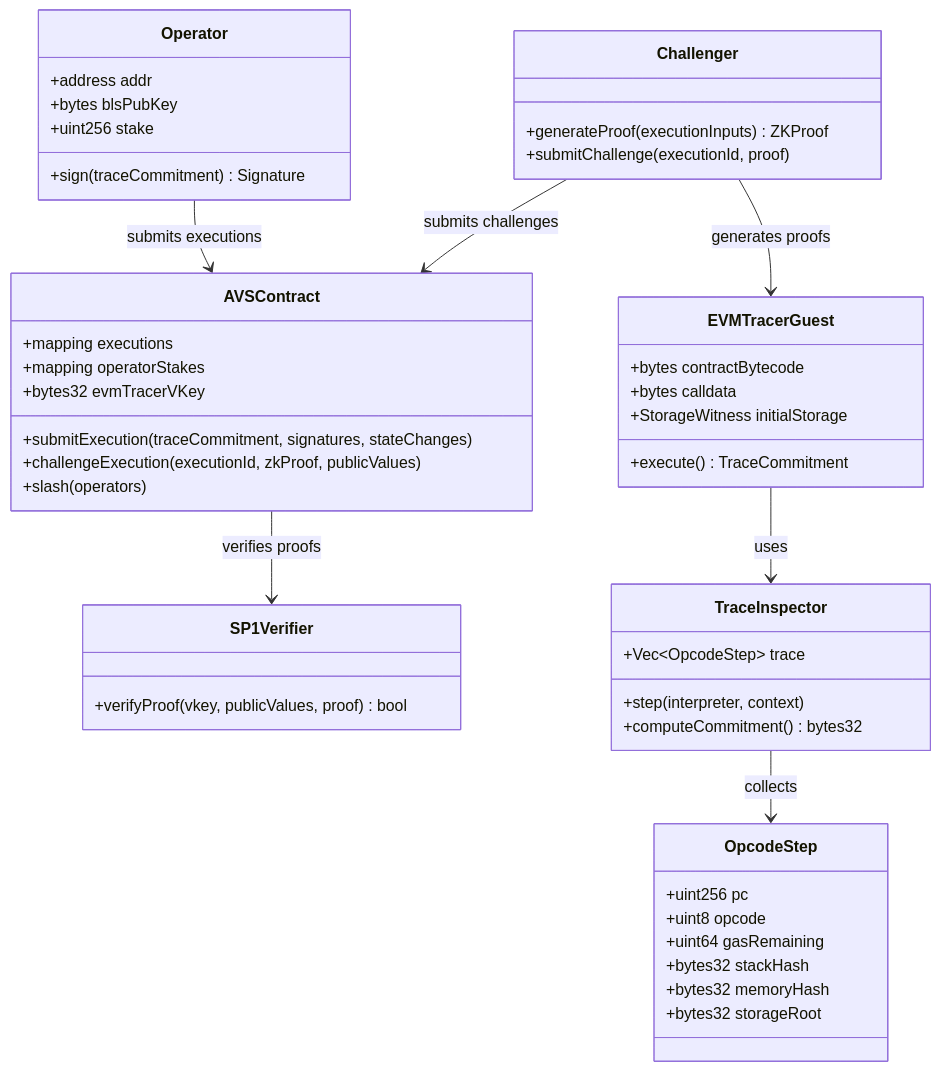
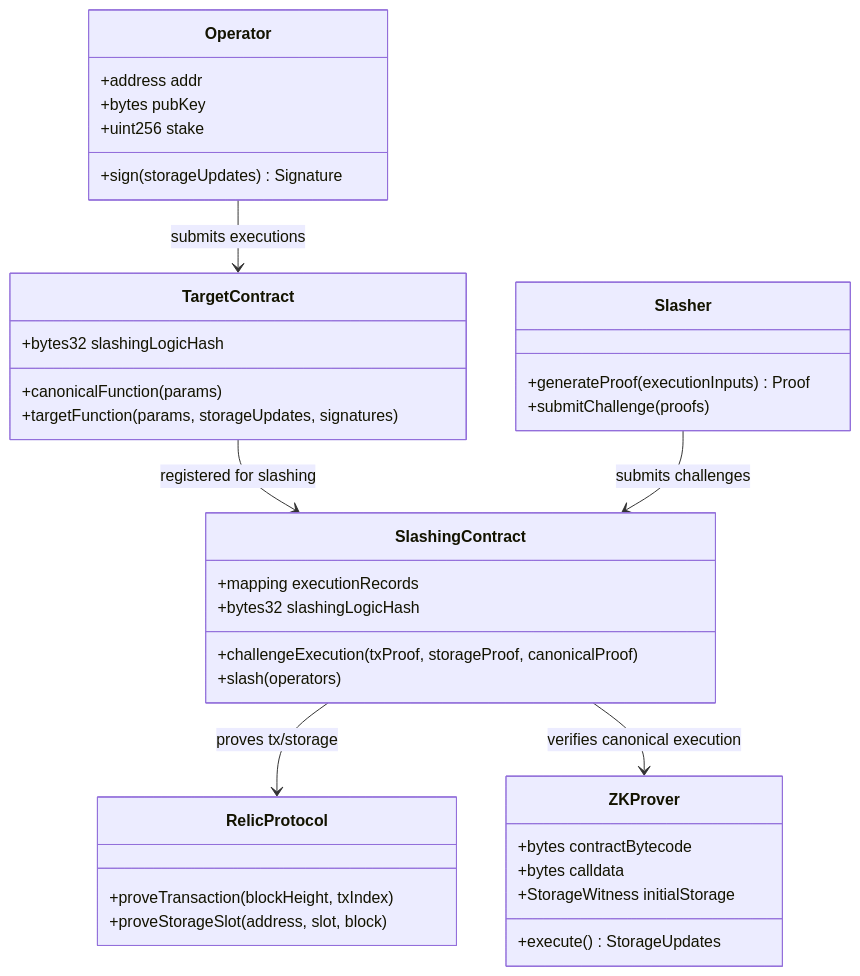
Before and after one commit to BreadchainCoop/gas-killer-analyzer: the second of 4 diagrams in docs/ZK_AVS_FRAUD_PROOFS_SPEC.md, drawn with Mermaid. The commit also changed other lines of this file, not shown here.

First line of the commit message:
refactor: align spec with Gas Killer slashing context

````diff
--- a/docs/ZK_AVS_FRAUD_PROOFS_SPEC.md
+++ b/docs/ZK_AVS_FRAUD_PROOFS_SPEC.md
@@ -214,56 +289,45 @@
 ```mermaid
 classDiagram
-    class AVSContract {
-        +mapping executions
-        +mapping operatorStakes
-        +bytes32 evmTracerVKey
-        +submitExecution(traceCommitment, signatures, stateChanges)
-        +challengeExecution(executionId, zkProof, publicValues)
+    class TargetContract {
+        +canonicalFunction(params)
+        +targetFunction(params, storageUpdates, signatures)
+        +bytes32 slashingLogicHash
+    }
+
+    class SlashingContract {
+        +mapping executionRecords
+        +bytes32 slashingLogicHash
+        +challengeExecution(txProof, storageProof, canonicalProof)
         +slash(operators)
     }
 
-    class SP1Verifier {
-        +verifyProof(vkey, publicValues, proof) bool
+    class RelicProtocol {
+        +proveTransaction(blockHeight, txIndex)
+        +proveStorageSlot(address, slot, block)
     }
 
-    class EVMTracerGuest {
+    class ZKProver {
         +bytes contractBytecode
         +bytes calldata
         +StorageWitness initialStorage
-        +execute() TraceCommitment
-    }
-
-    class TraceInspector {
-        +Vec~OpcodeStep~ trace
-        +step(interpreter, context)
-        +computeCommitment() bytes32
-    }
-
-    class OpcodeStep {
-        +uint256 pc
-        +uint8 opcode
-        +uint64 gasRemaining
-        +bytes32 stackHash
-        +bytes32 memoryHash
-        +bytes32 storageRoot
+        +execute() StorageUpdates
     }
 
     class Operator {
         +address addr
-        +bytes blsPubKey
+        +bytes pubKey
         +uint256 stake
-        +sign(traceCommitment) Signature
+        +sign(storageUpdates) Signature
     }
 
-    class Challenger {
-        +generateProof(executionInputs) ZKProof
-        +submitChallenge(executionId, proof)
+    class Slasher {
+        +generateProof(executionInputs) Proof
+        +submitChallenge(proofs)
     }
 
-    AVSContract --> SP1Verifier : verifies proofs
-    EVMTracerGuest --> TraceInspector : uses
-    TraceInspector --> OpcodeStep : collects
-    Operator --> AVSContract : submits executions
-    Challenger --> AVSContract : submits challenges
-    Challenger --> EVMTracerGuest : generates proofs
+    SlashingContract --> RelicProtocol : proves tx/storage
+    SlashingContract --> ZKProver : verifies canonical execution
+    TargetContract --> SlashingContract : registered for slashing
+    Operator --> TargetContract : submits executions
+    Slasher --> SlashingContract : submits challenges
 ```
````
